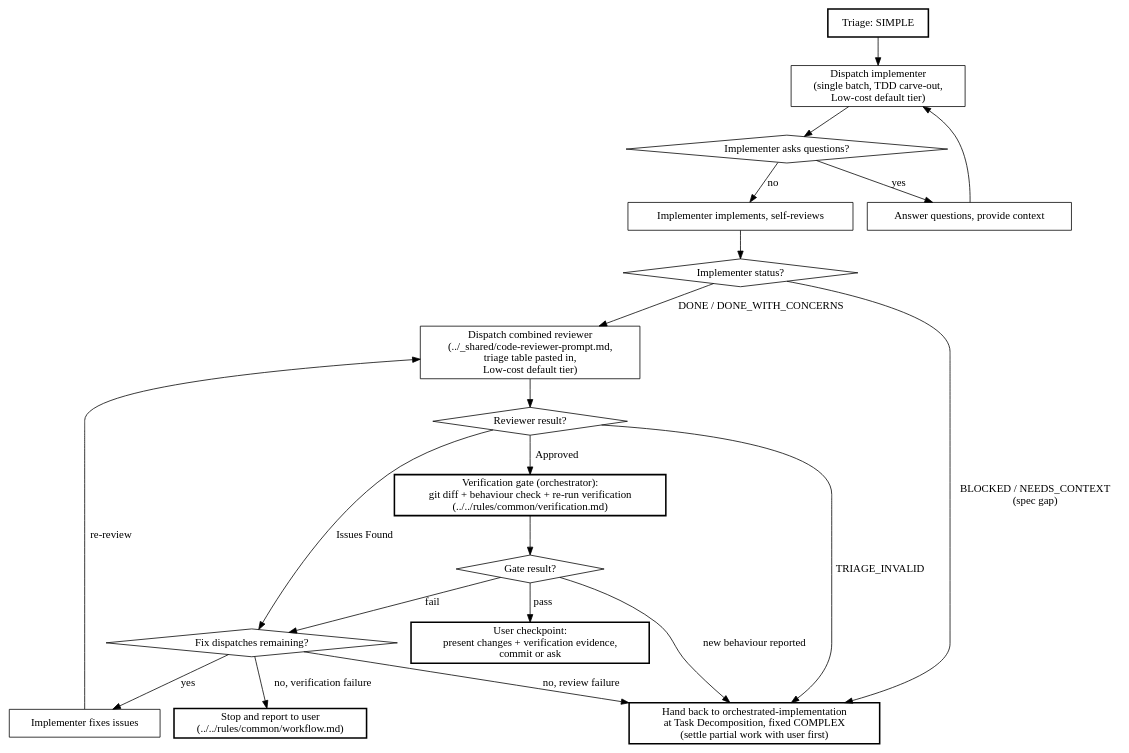
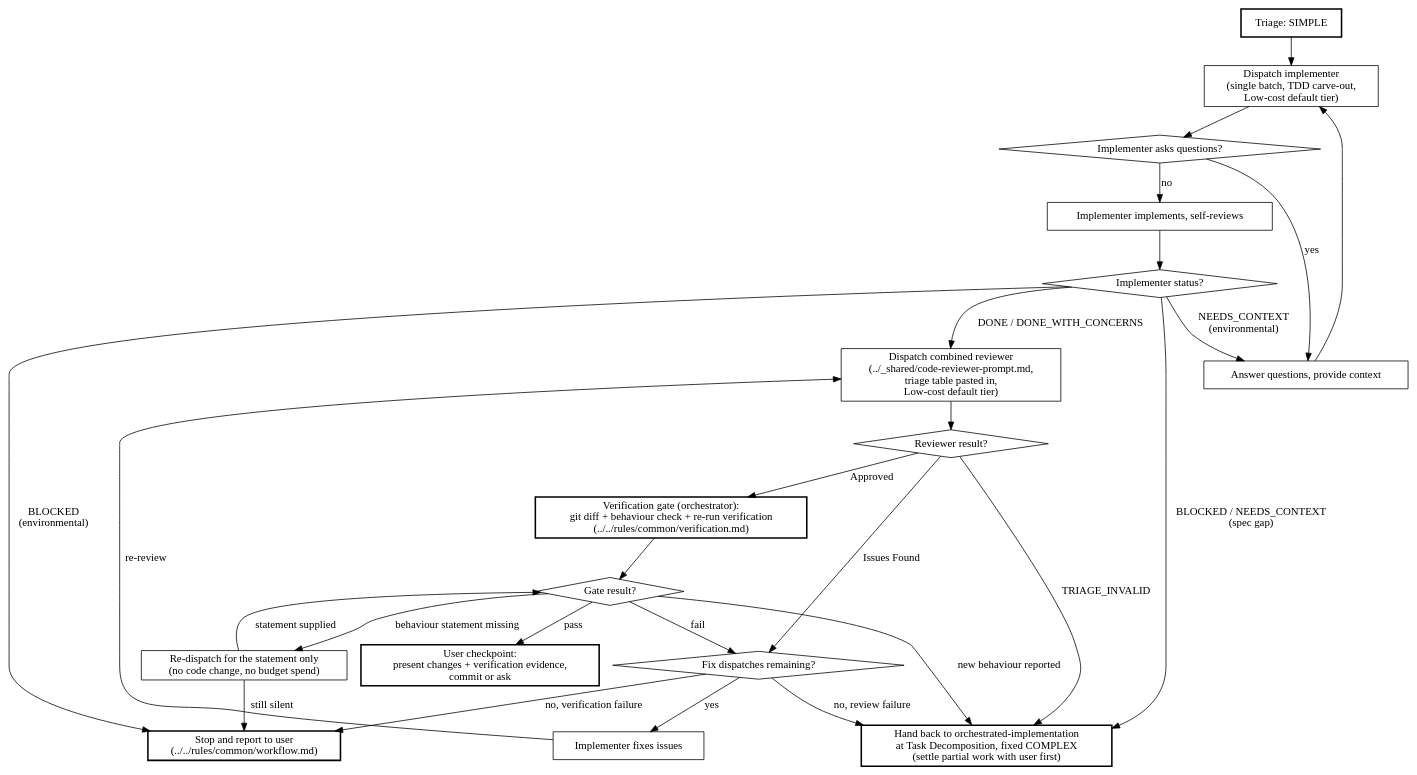
The diagram in skills/fast-path-implementation/SKILL.md (philipobenito/elelem), drawn with Graphviz before and after one commit. The commit also changed other lines of this file, not shown here.

````diff
--- a/skills/fast-path-implementation/SKILL.md
+++ b/skills/fast-path-implementation/SKILL.md
@@ -129,42 +129,48 @@
 ```dot
 digraph fast_path {
     rankdir=TB;
 
     "Triage: SIMPLE" [shape=box, style=bold];
     "Dispatch implementer\n(single batch, TDD carve-out,\nLow-cost default tier)" [shape=box];
     "Implementer asks questions?" [shape=diamond];
     "Answer questions, provide context" [shape=box];
     "Implementer implements, self-reviews" [shape=box];
     "Implementer status?" [shape=diamond];
     "Dispatch combined reviewer\n(../_shared/code-reviewer-prompt.md,\ntriage table pasted in,\nLow-cost default tier)" [shape=box];
     "Reviewer result?" [shape=diamond];
     "Fix dispatches remaining?" [shape=diamond];
     "Implementer fixes issues" [shape=box];
     "Verification gate (orchestrator):\ngit diff + behaviour check + re-run verification\n(../../rules/common/verification.md)" [shape=box, style=bold];
     "Gate result?" [shape=diamond];
+    "Re-dispatch for the statement only\n(no code change, no budget spend)" [shape=box];
     "Hand back to orchestrated-implementation\nat Task Decomposition, fixed COMPLEX\n(settle partial work with user first)" [shape=box, style=bold];
     "Stop and report to user\n(../../rules/common/workflow.md)" [shape=box, style=bold];
     "User checkpoint:\npresent changes + verification evidence,\ncommit or ask" [shape=box, style=bold];
 
     "Triage: SIMPLE" -> "Dispatch implementer\n(single batch, TDD carve-out,\nLow-cost default tier)";
     "Dispatch implementer\n(single batch, TDD carve-out,\nLow-cost default tier)" -> "Implementer asks questions?";
     "Implementer asks questions?" -> "Answer questions, provide context" [label="yes"];
     "Answer questions, provide context" -> "Dispatch implementer\n(single batch, TDD carve-out,\nLow-cost default tier)";
     "Implementer asks questions?" -> "Implementer implements, self-reviews" [label="no"];
     "Implementer implements, self-reviews" -> "Implementer status?";
     "Implementer status?" -> "Dispatch combined reviewer\n(../_shared/code-reviewer-prompt.md,\ntriage table pasted in,\nLow-cost default tier)" [label="DONE / DONE_WITH_CONCERNS"];
     "Implementer status?" -> "Hand back to orchestrated-implementation\nat Task Decomposition, fixed COMPLEX\n(settle partial work with user first)" [label="BLOCKED / NEEDS_CONTEXT\n(spec gap)"];
+    "Implementer status?" -> "Answer questions, provide context" [label="NEEDS_CONTEXT\n(environmental)"];
+    "Implementer status?" -> "Stop and report to user\n(../../rules/common/workflow.md)" [label="BLOCKED\n(environmental)"];
     "Dispatch combined reviewer\n(../_shared/code-reviewer-prompt.md,\ntriage table pasted in,\nLow-cost default tier)" -> "Reviewer result?";
     "Reviewer result?" -> "Verification gate (orchestrator):\ngit diff + behaviour check + re-run verification\n(../../rules/common/verification.md)" [label="Approved"];
     "Reviewer result?" -> "Fix dispatches remaining?" [label="Issues Found"];
     "Reviewer result?" -> "Hand back to orchestrated-implementation\nat Task Decomposition, fixed COMPLEX\n(settle partial work with user first)" [label="TRIAGE_INVALID"];
     "Fix dispatches remaining?" -> "Implementer fixes issues" [label="yes"];
     "Fix dispatches remaining?" -> "Hand back to orchestrated-implementation\nat Task Decomposition, fixed COMPLEX\n(settle partial work with user first)" [label="no, review failure"];
     "Fix dispatches remaining?" -> "Stop and report to user\n(../../rules/common/workflow.md)" [label="no, verification failure"];
     "Implementer fixes issues" -> "Dispatch combined reviewer\n(../_shared/code-reviewer-prompt.md,\ntriage table pasted in,\nLow-cost default tier)" [label="re-review"];
     "Verification gate (orchestrator):\ngit diff + behaviour check + re-run verification\n(../../rules/common/verification.md)" -> "Gate result?";
     "Gate result?" -> "Fix dispatches remaining?" [label="fail"];
     "Gate result?" -> "Hand back to orchestrated-implementation\nat Task Decomposition, fixed COMPLEX\n(settle partial work with user first)" [label="new behaviour reported"];
+    "Gate result?" -> "Re-dispatch for the statement only\n(no code change, no budget spend)" [label="behaviour statement missing"];
+    "Re-dispatch for the statement only\n(no code change, no budget spend)" -> "Gate result?" [label="statement supplied"];
+    "Re-dispatch for the statement only\n(no code change, no budget spend)" -> "Stop and report to user\n(../../rules/common/workflow.md)" [label="still silent"];
     "Gate result?" -> "User checkpoint:\npresent changes + verification evidence,\ncommit or ask" [label="pass"];
 }
 ```
````
